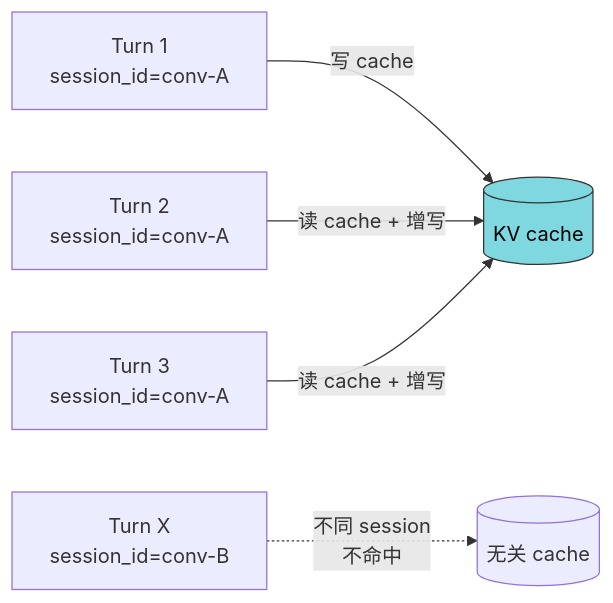
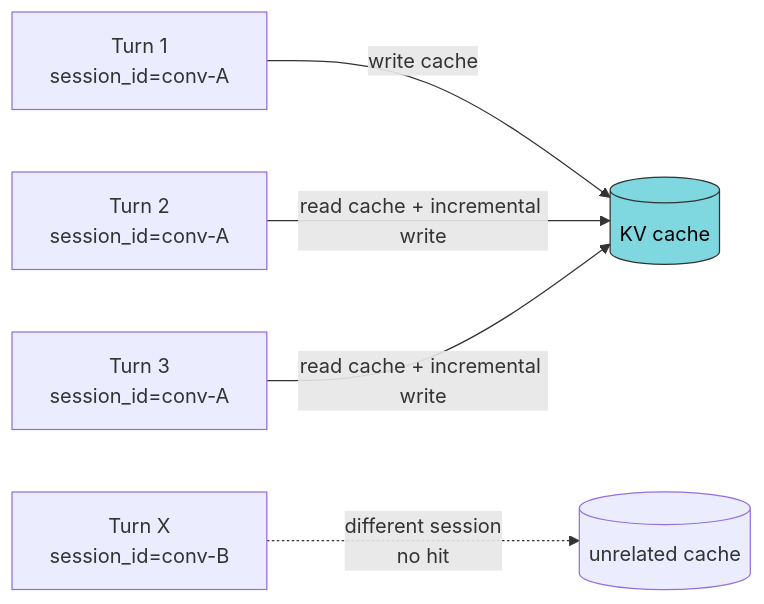
The sixth of 8 diagrams in docs/playbook.md (telos-pro/telos-sdk), drawn with Mermaid before and after one commit. The commit also changed other lines of this file and 93 other files, not shown here.

````diff
--- a/docs/playbook.md
+++ b/docs/playbook.md
@@ -352,9 +352,9 @@
 ```mermaid
 flowchart LR
-  T1["Turn 1<br/>session_id=conv-A"] -- "写 cache" --> S1[(KV cache)]
-  T2["Turn 2<br/>session_id=conv-A"] -- "读 cache + 增写" --> S1
-  T3["Turn 3<br/>session_id=conv-A"] -- "读 cache + 增写" --> S1
-  Tx["Turn X<br/>session_id=conv-B"] -.->|"不同 session<br/>不命中"| S2[(无关 cache)]
+  T1["Turn 1<br/>session_id=conv-A"] -- "write cache" --> S1[(KV cache)]
+  T2["Turn 2<br/>session_id=conv-A"] -- "read cache + incremental write" --> S1
+  T3["Turn 3<br/>session_id=conv-A"] -- "read cache + incremental write" --> S1
+  Tx["Turn X<br/>session_id=conv-B"] -.->|"different session<br/>no hit"| S2[(unrelated cache)]
 
   style S1 fill:#7FD8E0,stroke:#333,color:#000
 ```
````
